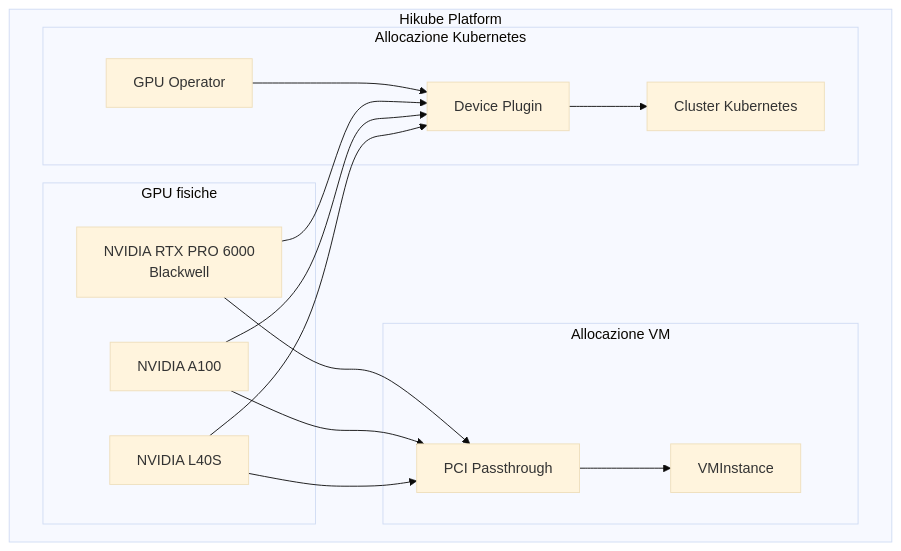
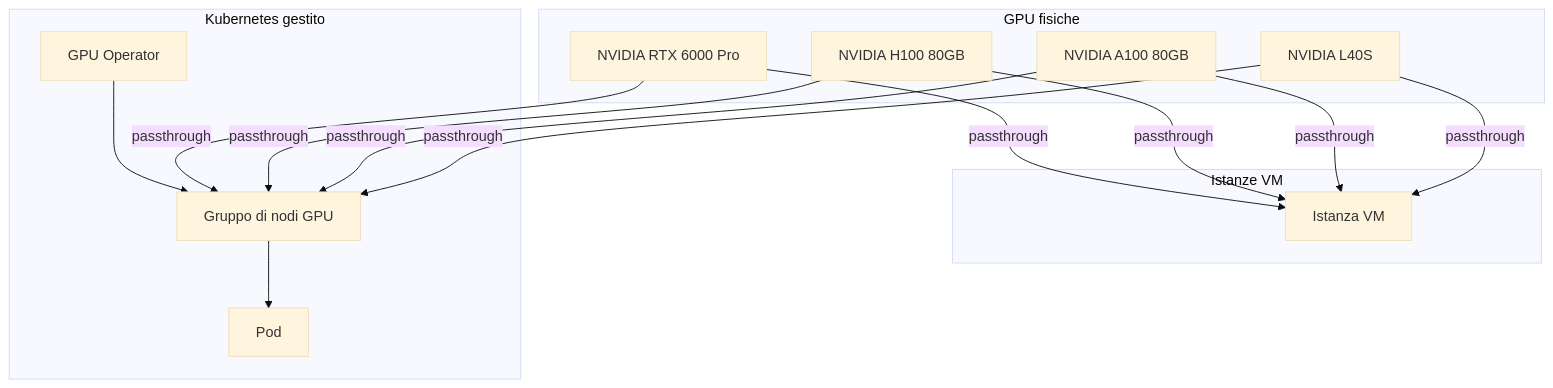
The first of 2 diagrams in i18n/it/docusaurus-plugin-content-docs/current/services/gpu/concepts.md (HidoraSwiss/hikube-public-doc), drawn with Mermaid (base theme) before and after one commit. The commit also changed other lines of this file and 148 other files, not shown here.

````diff
--- a/i18n/it/docusaurus-plugin-content-docs/current/services/gpu/concepts.md
+++ b/i18n/it/docusaurus-plugin-content-docs/current/services/gpu/concepts.md
@@ -12,32 +12,24 @@
 ```mermaid
 graph TB
-    subgraph "Hikube Platform"
-        subgraph "GPU fisiche"
-            G1[NVIDIA L40S]
-            G2[NVIDIA A100]
-            G3[NVIDIA RTX PRO 6000<br/>Blackwell]
-        end
-
-        subgraph "Allocazione VM"
-            VMI[VMInstance]
-            PT[PCI Passthrough]
-        end
-
-        subgraph "Allocazione Kubernetes"
-            K8S[Cluster Kubernetes]
-            DP[Device Plugin]
-            GO[GPU Operator]
-        end
+    subgraph "GPU fisiche"
+        G1[NVIDIA L40S]
+        G2[NVIDIA A100 80GB]
+        G3[NVIDIA H100 80GB]
+        G4[NVIDIA RTX 6000 Pro]
     end
 
-    G1 --> PT
-    G2 --> PT
-    G3 --> PT
-    PT --> VMI
+    subgraph "Istanze VM"
+        VMI[Istanza VM]
+    end
 
-    G1 --> DP
-    G2 --> DP
-    G3 --> DP
-    GO --> DP
-    DP --> K8S
+    subgraph "Kubernetes gestito"
+        NG[Gruppo di nodi GPU]
+        GO[GPU Operator]
+        POD[Pod]
+    end
+
+    G1 & G2 & G3 & G4 -->|passthrough| VMI
+    G1 & G2 & G3 & G4 -->|passthrough| NG
+    GO --> NG
+    NG --> POD
 ```
````
